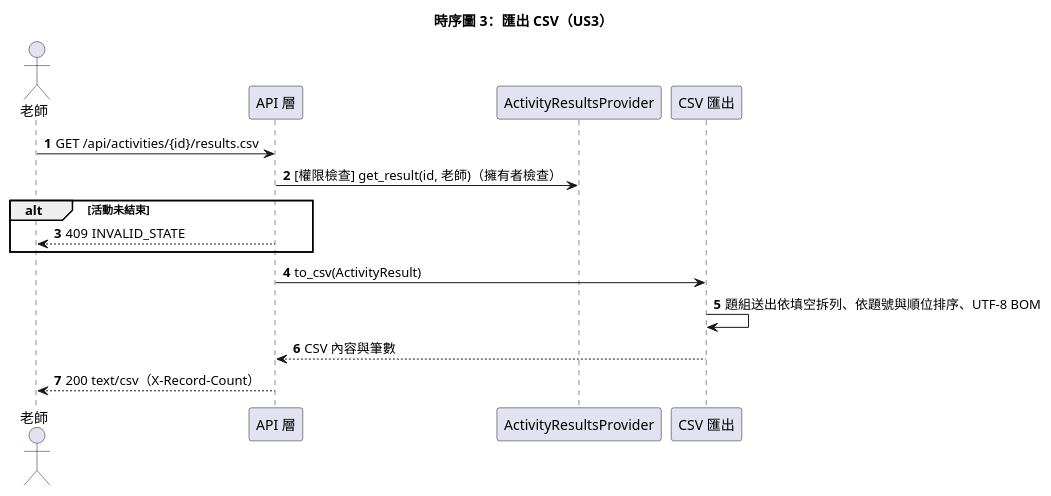
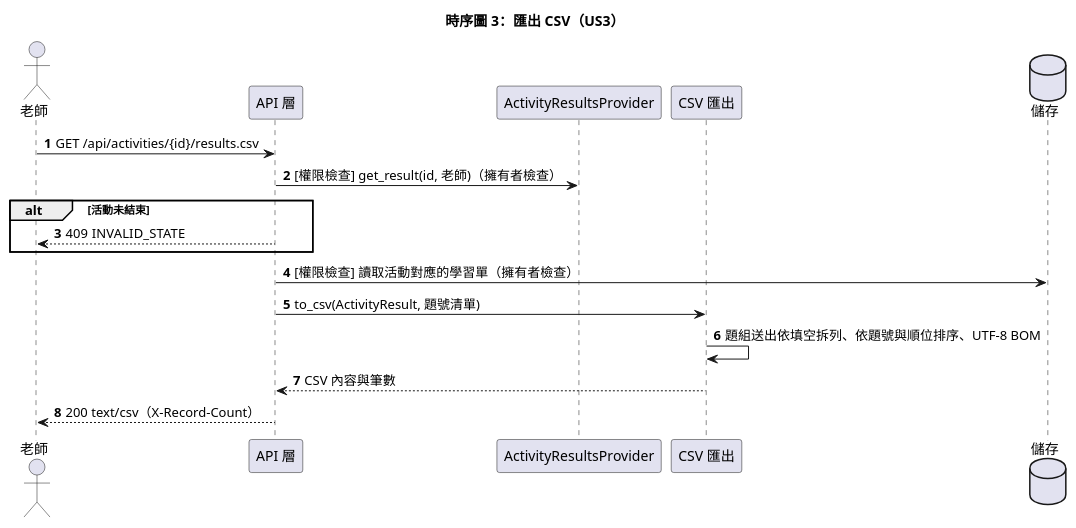
Before and after one commit to silverwind63/SEFinal: the diagram in diagrams/001-guided-notes-import/03-sequence-export-csv.puml, drawn with PlantUML. The commit also changed 73 other files, not shown here.

```diff
--- a/diagrams/001-guided-notes-import/03-sequence-export-csv.puml
+++ b/diagrams/001-guided-notes-import/03-sequence-export-csv.puml
@@ -1,17 +1,19 @@
 @startuml
 title 時序圖 3：匯出 CSV（US3）
 autonumber
 actor "老師" as T
 participant "API 層" as API
 participant "ActivityResultsProvider" as R
 participant "CSV 匯出" as E
+database "儲存" as S
 T -> API : GET /api/activities/{id}/results.csv
 API -> R : [權限檢查] get_result(id, 老師)（擁有者檢查）
 alt 活動未結束
   API --> T : 409 INVALID_STATE
 end
-API -> E : to_csv(ActivityResult)
+API -> S : [權限檢查] 讀取活動對應的學習單（擁有者檢查）
+API -> E : to_csv(ActivityResult, 題號清單)
 E -> E : 題組送出依填空拆列、依題號與順位排序、UTF-8 BOM
 E --> API : CSV 內容與筆數
 API --> T : 200 text/csv（X-Record-Count）
 @enduml
```
